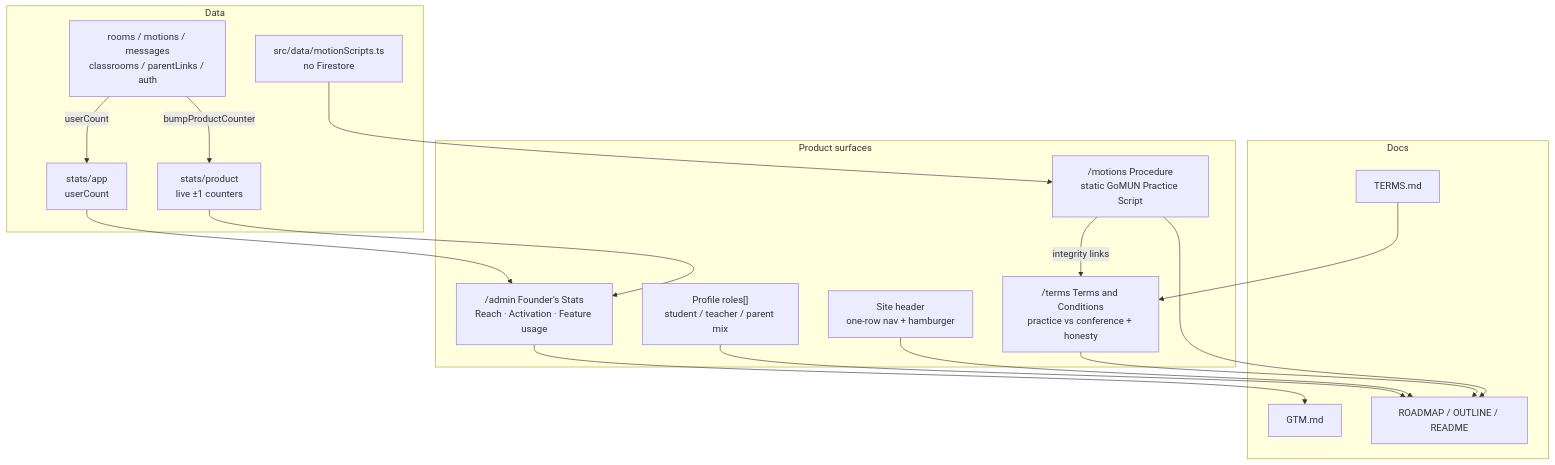
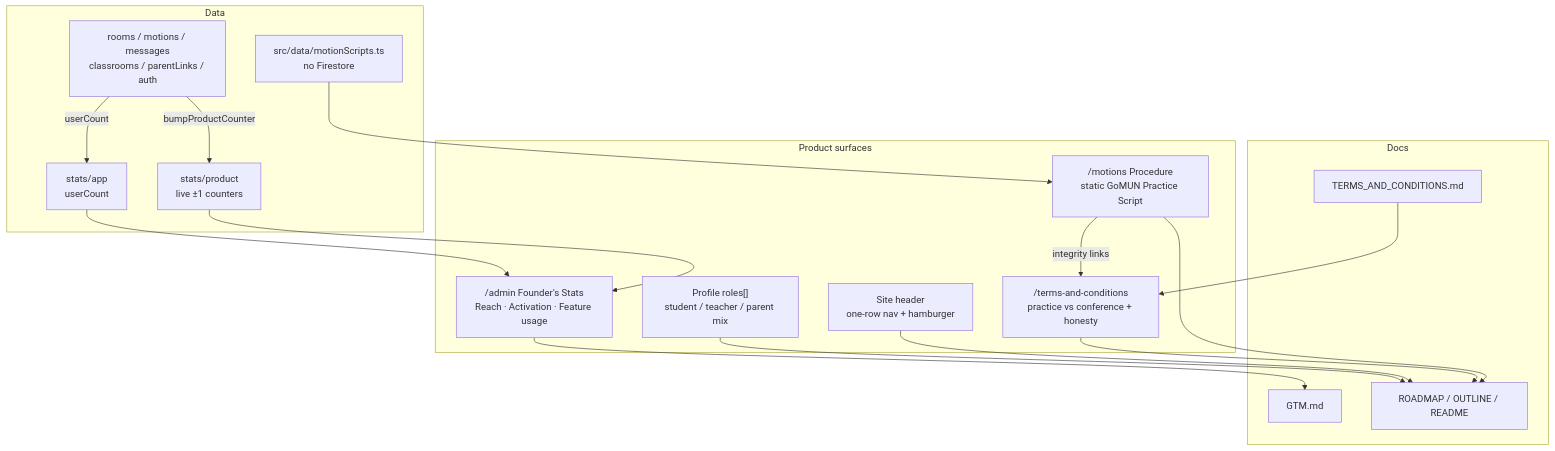
The diagram in .pr-body-procedure-terms-stats.md (coolmd12/coolmd12.github.io), drawn with Mermaid before and after one commit. The commit also changed other lines of this file and 9 other files, not shown here.

First line of the commit message:
Rename the legal route and doc to terms-and-conditions.

````diff
--- a/.pr-body-procedure-terms-stats.md
+++ b/.pr-body-procedure-terms-stats.md
@@ -18,36 +18,36 @@
 ```mermaid
 flowchart TD
     subgraph product [Product surfaces]
         Motions["/motions Procedure<br/>static GoMUN Practice Script"]
-        Terms["/terms Terms and Conditions<br/>practice vs conference + honesty"]
+        Terms["/terms-and-conditions<br/>practice vs conference + honesty"]
         Admin["/admin Founder's Stats<br/>Reach · Activation · Feature usage"]
         Header["Site header<br/>one-row nav + hamburger"]
         Profile["Profile roles[]<br/>student / teacher / parent mix"]
     end
 
     subgraph data [Data]
         Scripts["src/data/motionScripts.ts<br/>no Firestore"]
         Product["stats/product<br/>live ±1 counters"]
         App["stats/app<br/>userCount"]
         Writes["rooms / motions / messages<br/>classrooms / parentLinks / auth"]
     end
 
     subgraph docs [Docs]
         GTM["GTM.md"]
         Road["ROADMAP / OUTLINE / README"]
-        TermsDoc["TERMS.md"]
+        TermsDoc["TERMS_AND_CONDITIONS.md"]
     end
 
     Scripts --> Motions
     Motions -->|"integrity links"| Terms
     TermsDoc --> Terms
     Writes -->|"bumpProductCounter"| Product
     Writes -->|"userCount"| App
     Product --> Admin
     App --> Admin
     Admin --> GTM
     Motions --> Road
     Terms --> Road
     Header --> Road
     Profile --> Road
 ```
````
